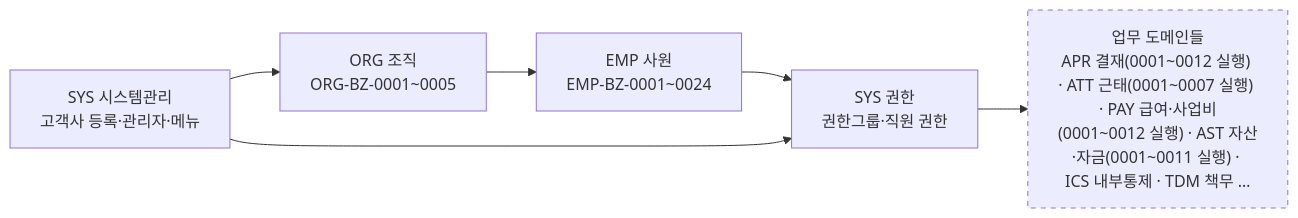
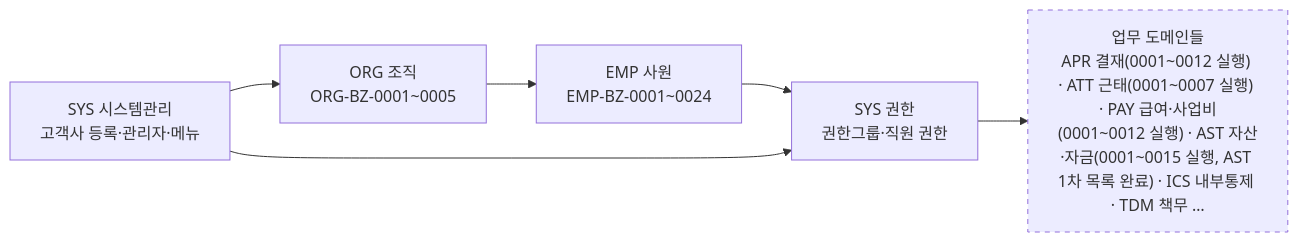
The diagram in AssetERP/docs/2-업무분석/biz-event/00-도메인Map.md (KimDoYoung/framework-sprt), drawn with Mermaid before and after one commit. The commit also changed 8 other files, not shown here.

````diff
--- a/AssetERP/docs/2-업무분석/biz-event/00-도메인Map.md
+++ b/AssetERP/docs/2-업무분석/biz-event/00-도메인Map.md
@@ -6,14 +6,14 @@
 ```mermaid
 flowchart LR
     SYS["SYS 시스템관리<br/>고객사 등록·관리자·메뉴"]
     ORG["ORG 조직<br/>ORG-BZ-0001~0005"]
     EMP["EMP 사원<br/>EMP-BZ-0001~0024"]
     AUTH["SYS 권한<br/>권한그룹·직원 권한"]
-    WORK["업무 도메인들<br/>APR 결재(0001~0012 실행) · ATT 근태(0001~0007 실행) · PAY 급여·사업비(0001~0012 실행) · AST 자산·자금(0001~0011 실행) · ICS 내부통제 · TDM 책무 …"]
+    WORK["업무 도메인들<br/>APR 결재(0001~0012 실행) · ATT 근태(0001~0007 실행) · PAY 급여·사업비(0001~0012 실행) · AST 자산·자금(0001~0015 실행, AST 1차 목록 완료) · ICS 내부통제 · TDM 책무 …"]
 
     SYS --> ORG --> EMP --> AUTH --> WORK
     SYS --> AUTH
 
     classDef todo stroke-dasharray: 5 5
     class WORK todo
 ```
````
